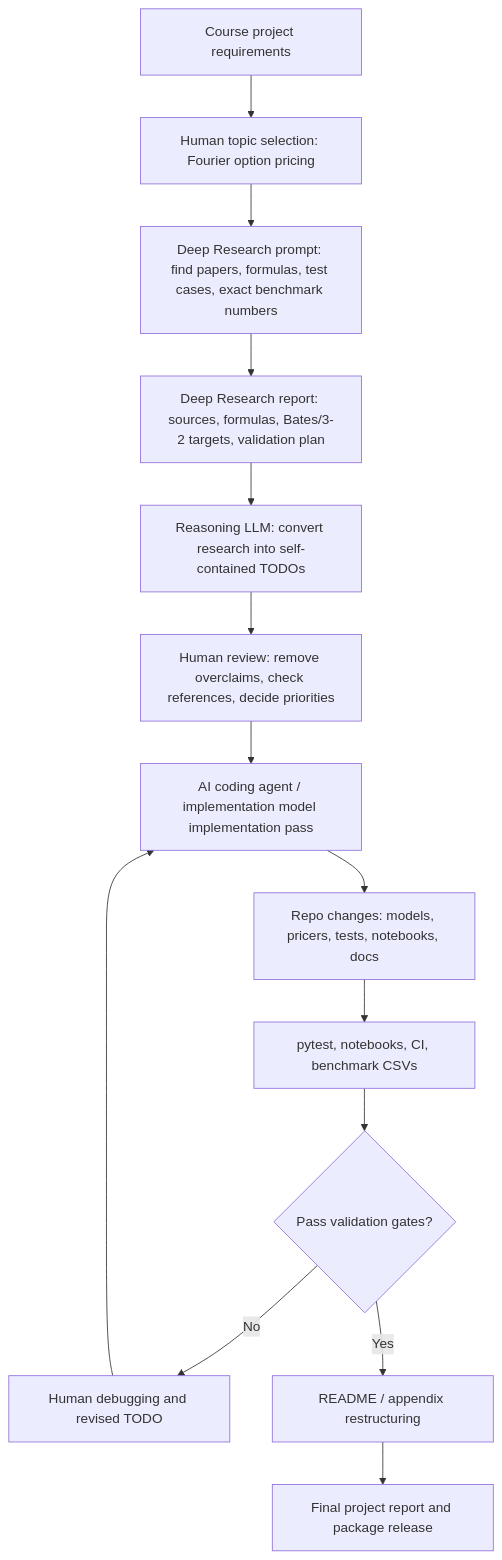
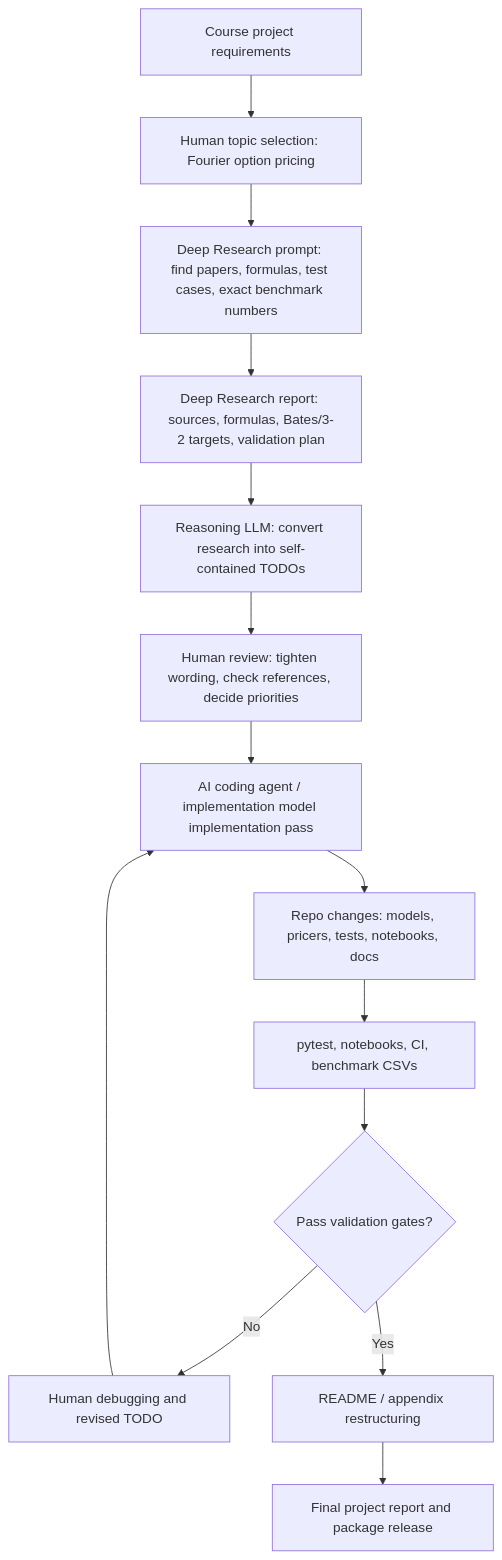
One commit to nl2992/fourier-option-pricer changed the diagram in docs/ai_workflow_and_contribution.md. Above: the diagram before and after it, drawn with Mermaid. The commit also changed other lines of this file and 9 other files, not shown here.

````diff
--- a/docs/ai_workflow_and_contribution.md
+++ b/docs/ai_workflow_and_contribution.md
@@ -34,16 +34,16 @@
 ```mermaid
 flowchart TD
     A[Course project requirements] --> B[Human topic selection: Fourier option pricing]
     B --> C[Deep Research prompt: find papers, formulas, test cases, exact benchmark numbers]
     C --> D[Deep Research report: sources, formulas, Bates/3-2 targets, validation plan]
     D --> E[Reasoning LLM: convert research into self-contained TODOs]
-    E --> F[Human review: remove overclaims, check references, decide priorities]
+    E --> F[Human review: tighten wording, check references, decide priorities]
     F --> G[AI coding agent / implementation model implementation pass]
     G --> H[Repo changes: models, pricers, tests, notebooks, docs]
     H --> I[pytest, notebooks, CI, benchmark CSVs]
     I --> J{Pass validation gates?}
     J -- No --> K[Human debugging and revised TODO]
     K --> G
     J -- Yes --> L[README / appendix restructuring]
     L --> M[Final project report and package release]
 ```
````
